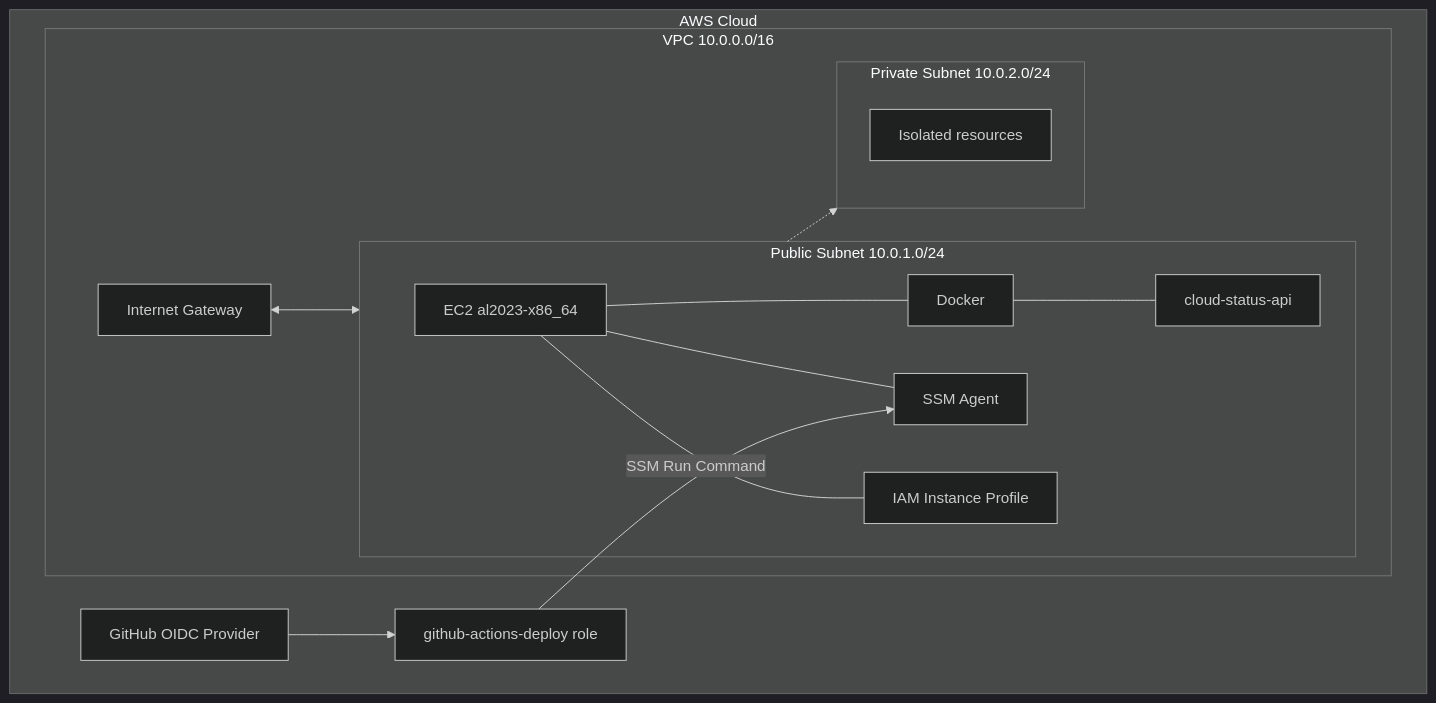
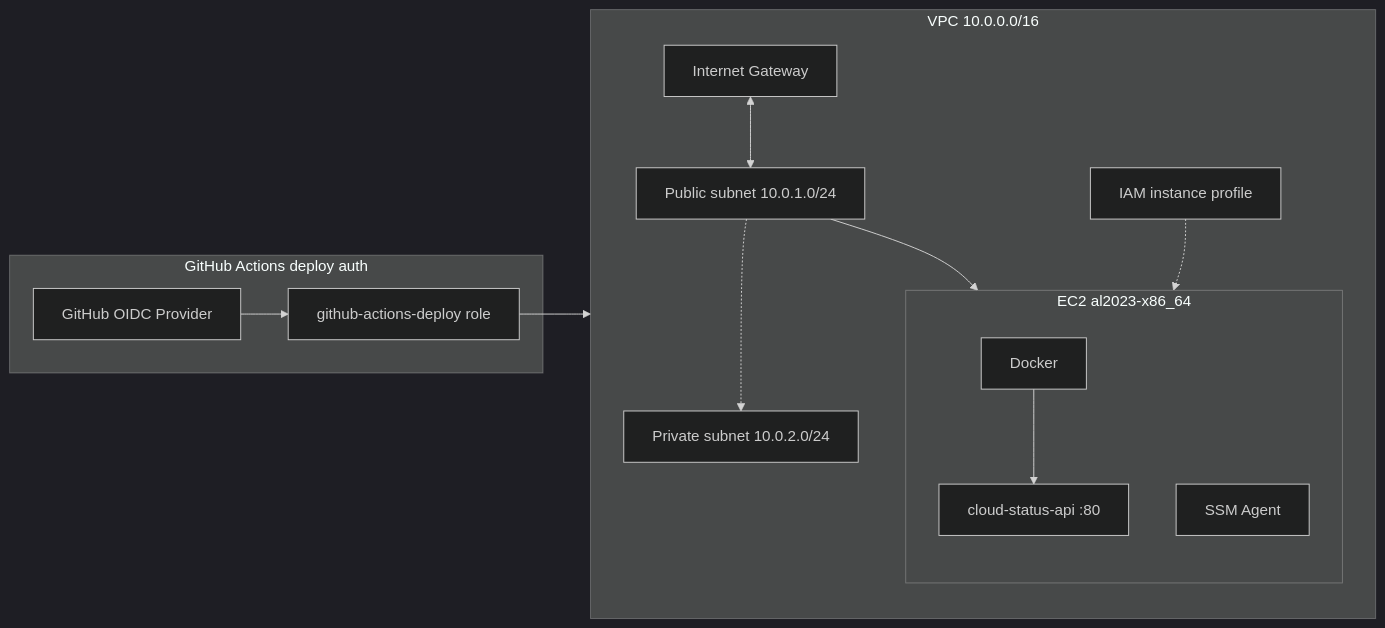
Before and after one commit to richard-romero/secure-cloud-platform: the diagram in terraform/README.md, drawn with Mermaid (dark theme). The commit also changed other lines of this file and 1 other file, not shown here.

Commit message:
docs: update architecture diagrams in README and terraform README for clarity
Revise the architecture diagrams to reflect the current deployment workflow, including the roles of GitHub Actions, Terraform, and EC2. Enhance descriptions of the CI processes and clarify the flow of HTTP traffic to the application. Update the diagram structure for better readability and understanding of the system components.

````diff
--- a/terraform/README.md
+++ b/terraform/README.md
@@ -62,33 +62,24 @@
 ```mermaid
-flowchart TD
-    subgraph AWS [AWS Cloud]
-        subgraph VPC [VPC 10.0.0.0/16]
-            IGW[Internet Gateway]
+flowchart LR
+    subgraph CIAuth [GitHub Actions deploy auth]
+        OIDC[GitHub OIDC Provider] --> Role[github-actions-deploy role]
+    end
 
-            subgraph Public [Public Subnet 10.0.1.0/24]
-                EC2[EC2 al2023-x86_64]
-                Docker[Docker]
-                App[cloud-status-api]
-                SSM[SSM Agent]
-                EC2Profile[IAM Instance Profile]
+    subgraph VPC [VPC 10.0.0.0/16]
+        direction TB
+        IGW[Internet Gateway] <--> Pub[Public subnet 10.0.1.0/24]
+        Pub -.-> Priv[Private subnet 10.0.2.0/24]
 
-                EC2 --- Docker
-                Docker --- App
-                EC2 --- SSM
-                EC2 --- EC2Profile
-            end
-
-            subgraph Private [Private Subnet 10.0.2.0/24]
-                Locked[Isolated resources]
-            end
-
-            IGW <--> Public
-            Public -.-> Private
+        subgraph EC2Host [EC2 al2023-x86_64]
+            direction TB
+            Docker[Docker] --> App[cloud-status-api :80]
+            SSM[SSM Agent]
         end
 
-        OIDC[GitHub OIDC Provider]
-        DeployRole[github-actions-deploy role]
-        OIDC --> DeployRole
-        DeployRole -->|"SSM Run Command"| SSM
+        Profile[IAM instance profile]
+        Pub --> EC2Host
+        Profile -.-> EC2Host
     end
+
+    Role --> SSM
 ```
````
